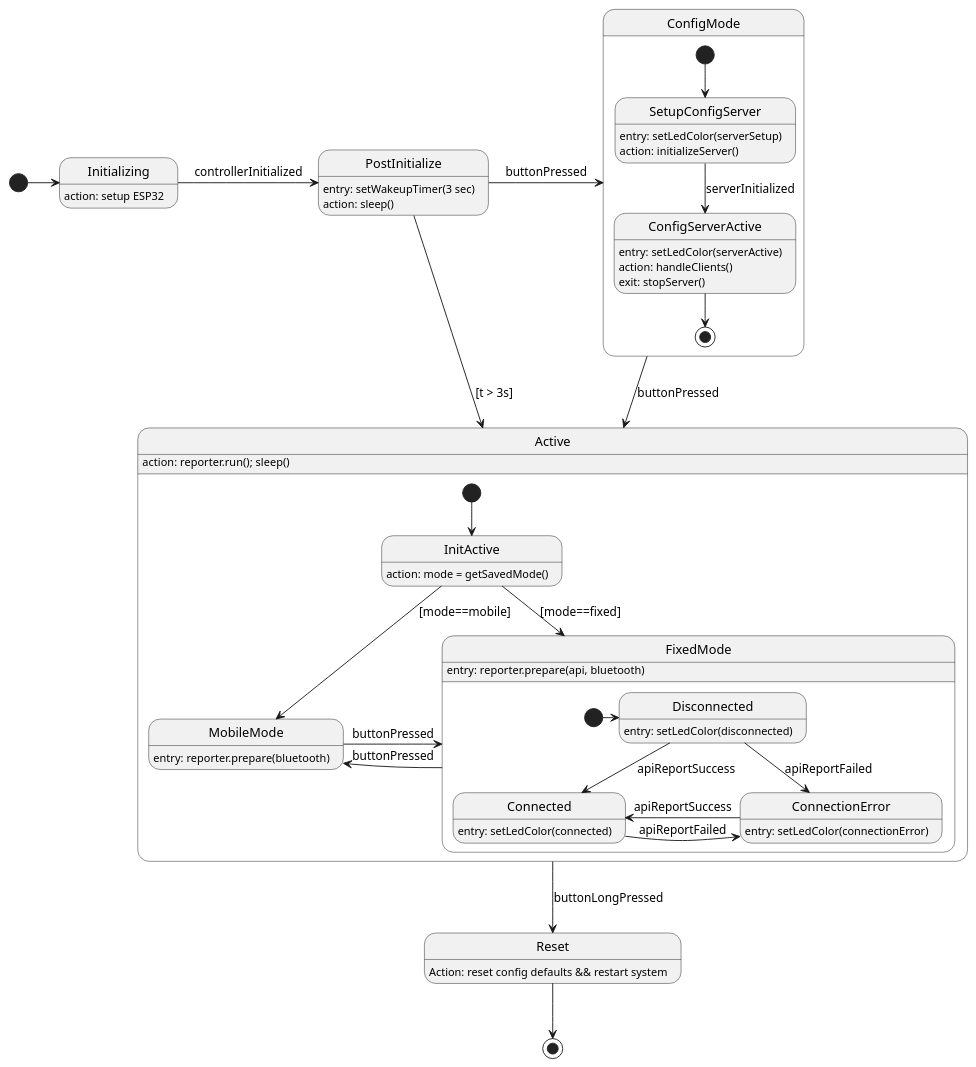
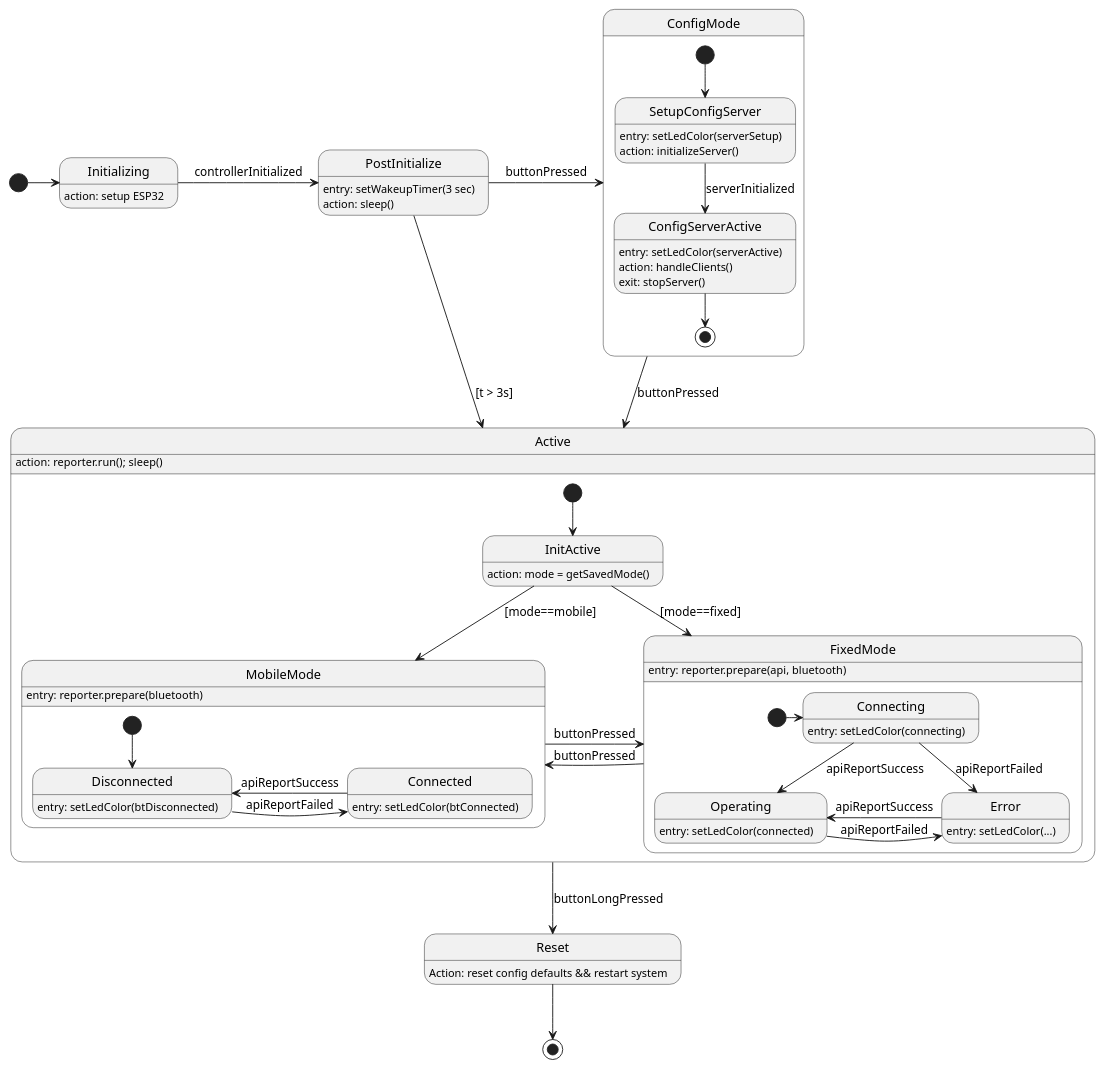
The diagram in designs/software/controller-states.puml (Safecast/bGeigieCast), drawn with PlantUML before and after one commit. The commit also changed 38 other files, not shown here.

```diff
--- a/designs/software/controller-states.puml
+++ b/designs/software/controller-states.puml
@@ -1,70 +1,79 @@
 @startuml
 
 
 state Initializing
 Initializing: action: setup ESP32
 state PostInitialize
 PostInitialize: entry: setWakeupTimer(3 sec)
 PostInitialize: action: sleep()
 state ConfigMode
 state Active
 state Reset
 Reset: Action: reset config defaults && restart system
 
 state ConfigMode {
     state SetupConfigServer
     SetupConfigServer: entry: setLedColor(serverSetup)
     SetupConfigServer: action: initializeServer()
     state ConfigServerActive
     ConfigServerActive: entry: setLedColor(serverActive)
     ConfigServerActive: action: handleClients()
     ConfigServerActive: exit: stopServer()
 
     [*] --> SetupConfigServer
     SetupConfigServer --> ConfigServerActive : serverInitialized
     ConfigServerActive --> [*]
 }
 
 state Active {
 
     state InitActive
     InitActive: action: mode = getSavedMode()
-    state MobileMode
+    state MobileMode {
+        state "Disconnected" as mDisconnected
+        mDisconnected: entry: setLedColor(btDisconnected)
+        state "Connected" as mConnected
+        mConnected: entry: setLedColor(btConnected)
+
+        [*] --> mDisconnected
+        mDisconnected -> mConnected : apiReportFailed
+        mConnected -> mDisconnected : apiReportSuccess
+    }
     MobileMode: entry: reporter.prepare(bluetooth)
 
     state FixedMode {
-        state Disconnected
-        Disconnected: entry: setLedColor(disconnected)
-        state Connected
-        Connected: entry: setLedColor(connected)
-        state ConnectionError
-        ConnectionError: entry: setLedColor(connectionError)
+        state Connecting
+        Connecting: entry: setLedColor(connecting)
+        state Operating
+        Operating: entry: setLedColor(connected)
+        state Error
+        Error: entry: setLedColor(...)
 
-        [*] -> Disconnected
-        Disconnected --> Connected : apiReportSuccess
-        Disconnected --> ConnectionError : apiReportFailed
-        Connected -> ConnectionError : apiReportFailed
-        ConnectionError -> Connected : apiReportSuccess
+        [*] -> Connecting
+        Connecting --> Operating : apiReportSuccess
+        Connecting --> Error : apiReportFailed
+        Operating -> Error : apiReportFailed
+        Error -> Operating : apiReportSuccess
     }
     FixedMode: entry: reporter.prepare(api, bluetooth)
 
     [*] --> InitActive
     InitActive --> MobileMode : [mode==mobile]
     InitActive -> FixedMode : [mode==fixed]
     MobileMode -r-> FixedMode : buttonPressed
     FixedMode -l-> MobileMode : buttonPressed
 
 }
 Active: action: reporter.run(); sleep()
 
 
 
 [*] -> Initializing
 Initializing -> PostInitialize : controllerInitialized
 PostInitialize -> ConfigMode : buttonPressed
 PostInitialize -d-> Active : [t > 3s]
 ConfigMode -d-> Active: buttonPressed
 Active --> Reset : buttonLongPressed
 Reset --> [*] 
 
 @enduml
```
